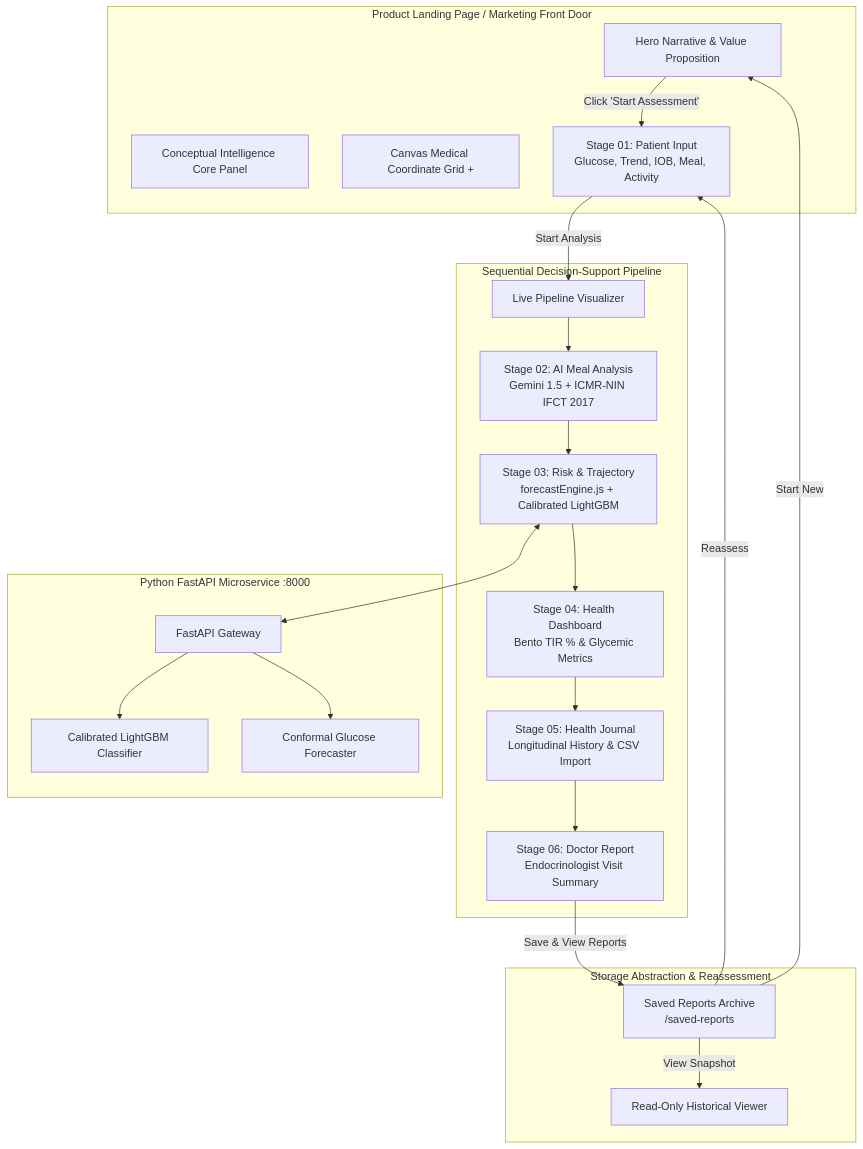
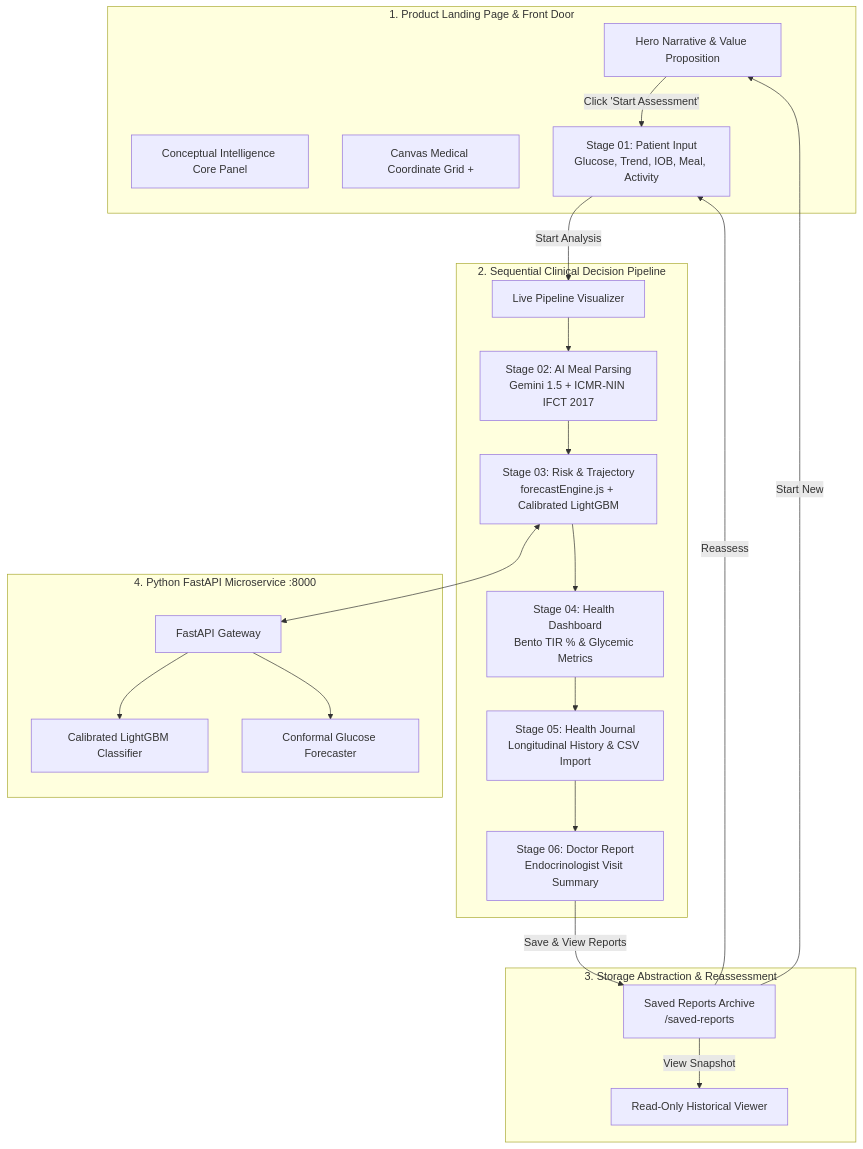
One commit to badgujarkunal93-blip/GlucoSaathi changed the first of 2 diagrams in DETAILED_REPORT.md. Above: the diagram before and after it, drawn with Mermaid. The commit also changed other lines of this file and 1 other file, not shown here.

Commit message:
docs: enrich DETAILED_REPORT.md and README.md with comprehensive mathematical modeling, architecture breakdown, test matrices, and clinical governance

````diff
--- a/DETAILED_REPORT.md
+++ b/DETAILED_REPORT.md
@@ -61,35 +77,35 @@
 ```mermaid
 flowchart TB
-    subgraph STAGE_00 [Product Landing Page / Marketing Front Door]
+    subgraph FRONT_DOOR [1. Product Landing Page & Front Door]
         LP[Hero Narrative & Value Proposition]
         CORE_VISUAL[Conceptual Intelligence Core Panel]
         GRID[Canvas Medical Coordinate Grid +]
         LP -->|Click 'Start Assessment'| STAGE_01
     end
 
-    subgraph CLINICAL_PIPELINE [Sequential Decision-Support Pipeline]
+    subgraph SEQUENTIAL_PIPELINE [2. Sequential Clinical Decision Pipeline]
         STAGE_01[Stage 01: Patient Input<br/>Glucose, Trend, IOB, Meal, Activity]
         STAGE_01 -->|Start Analysis| PROC[Live Pipeline Visualizer]
-        PROC --> STAGE_02[Stage 02: AI Meal Analysis<br/>Gemini 1.5 + ICMR-NIN IFCT 2017]
+        PROC --> STAGE_02[Stage 02: AI Meal Parsing<br/>Gemini 1.5 + ICMR-NIN IFCT 2017]
         STAGE_02 --> STAGE_03[Stage 03: Risk & Trajectory<br/>forecastEngine.js + Calibrated LightGBM]
         STAGE_03 --> STAGE_04[Stage 04: Health Dashboard<br/>Bento TIR % & Glycemic Metrics]
         STAGE_04 --> STAGE_05[Stage 05: Health Journal<br/>Longitudinal History & CSV Import]
         STAGE_05 --> STAGE_06[Stage 06: Doctor Report<br/>Endocrinologist Visit Summary]
     end
 
-    subgraph ARCHIVE_LAYER [Storage Abstraction & Reassessment]
+    subgraph ARCHIVE_LAYER [3. Storage Abstraction & Reassessment]
         STAGE_06 -->|Save & View Reports| ARCHIVE[Saved Reports Archive<br/>/saved-reports]
         ARCHIVE -->|View Snapshot| MODAL[Read-Only Historical Viewer]
         ARCHIVE -->|Reassess| STAGE_01
         ARCHIVE -->|Start New| LP
     end
 
-    subgraph ML_MICROSERVICE [Python FastAPI Microservice :8000]
+    subgraph ML_MICROSERVICE [4. Python FastAPI Microservice :8000]
         FASTAPI[FastAPI Gateway]
         LGBM[Calibrated LightGBM Classifier]
         CONF[Conformal Glucose Forecaster]
         FASTAPI --> LGBM & CONF
     end
 
     STAGE_03 <--> FASTAPI
 ```
````
